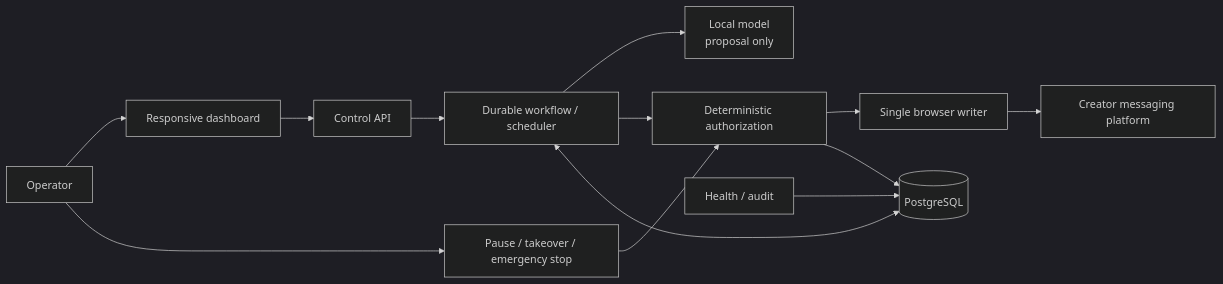
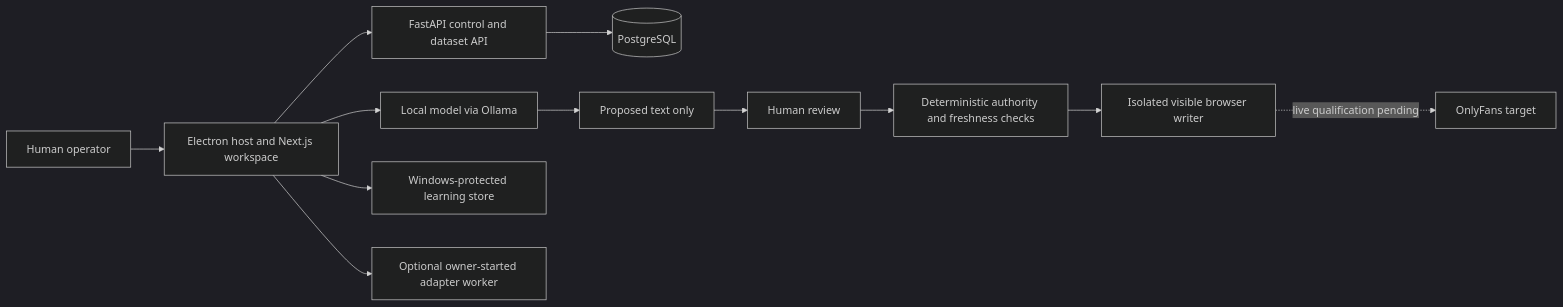
Before and after one commit to nguyen0319/rapport-builder: the diagram in README.md, drawn with Mermaid (dark theme). The commit also changed other lines of this file and 9 other files, not shown here.

````diff
--- a/README.md
+++ b/README.md
@@ -28,15 +54,14 @@
 ```mermaid
 flowchart LR
-    O[Operator] --> D[Responsive dashboard]
-    D --> A[Control API]
-    A --> W[Durable workflow / scheduler]
-    W --> M[Local model<br/>proposal only]
-    W --> P[Deterministic authorization]
-    P --> X[Single browser writer]
-    X --> E[Creator messaging platform]
-    W <--> DB[(PostgreSQL)]
-    P --> DB
-    H[Health / audit] --> DB
-    O --> C[Pause / takeover / emergency stop]
-    C --> P
+    O[Human operator] --> UI[Electron host and Next.js workspace]
+    UI --> API[FastAPI control and dataset API]
+    API --> DB[(PostgreSQL)]
+    UI --> L[Local model via Ollama]
+    L --> D[Proposed text only]
+    D --> R[Human review]
+    R --> G[Deterministic authority and freshness checks]
+    G --> B[Isolated visible browser writer]
+    B -. live qualification pending .-> P[OnlyFans target]
+    UI --> S[Windows-protected learning store]
+    UI --> T[Optional owner-started adapter worker]
 ```
````
